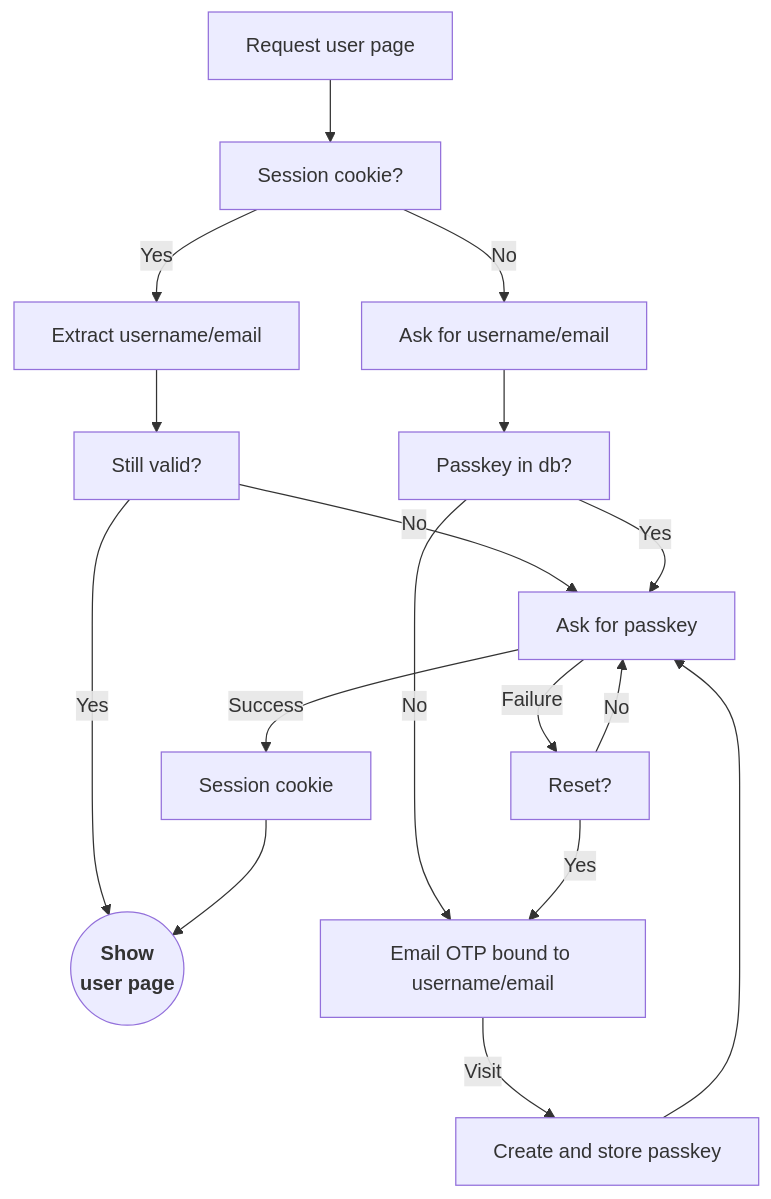
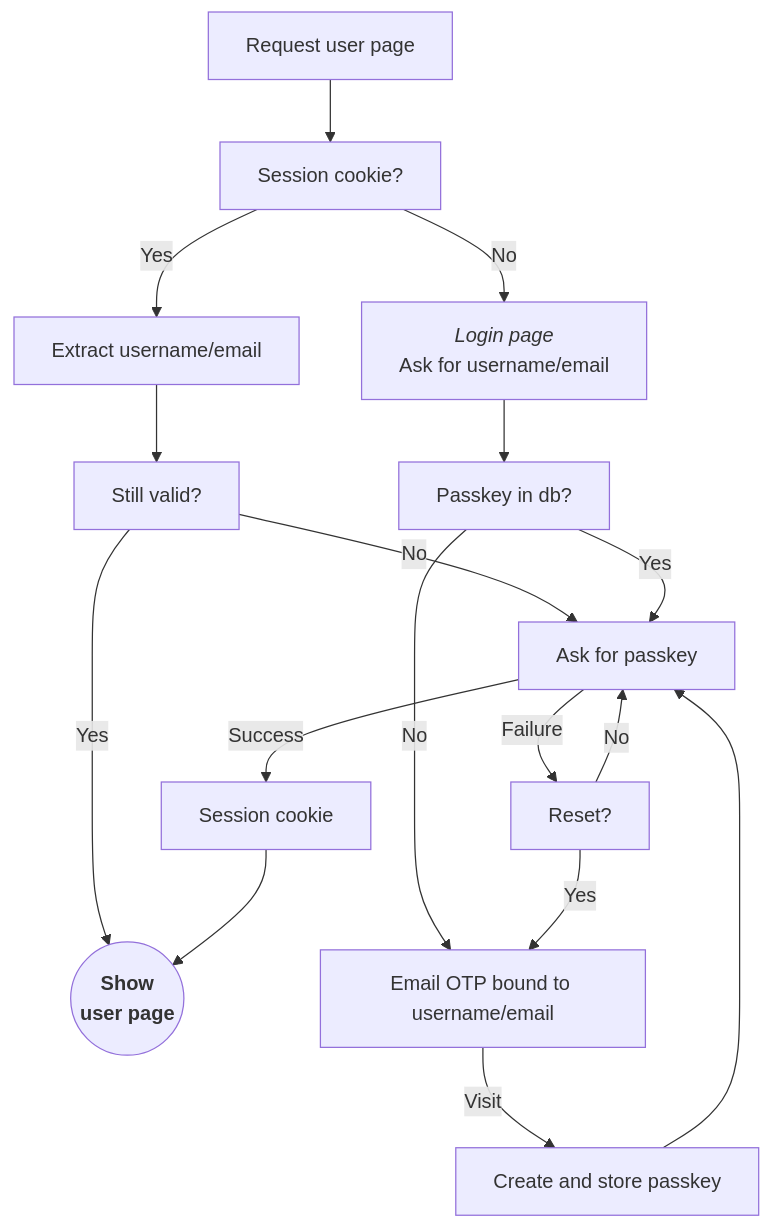
The diagram in README.md (programingjd/tiered_server), drawn with Mermaid before and after one commit. The commit also changed other lines of this file and 8 other files, not shown here.

````diff
--- a/README.md
+++ b/README.md
@@ -20,16 +25,16 @@
 ```mermaid
 graph TD;
   A[Request user page] --> B[Session cookie?];
   B -- Yes --> C[Extract username/email] --> D[Still valid?]
   D -- Yes --> J(("<b>Show<br>user page</b>"))
   D -- No --> G
-  B -- No --> E[Ask for username/email] --> F[Passkey in db?]
+  B -- No --> E["<i>Login page</i><br>Ask for username/email"] --> F[Passkey in db?]
   F -- Yes --> G[Ask for passkey]
   F -- No -->  M[Email OTP bound to username/email]
   M -- Visit --> H[Create and store passkey]
   H --> G
   G -- Success --> K[Session cookie] --> J
   G -- Failure --> N[Reset?]
   N -- Yes --> M
   N -- No --> G
 ```
````
